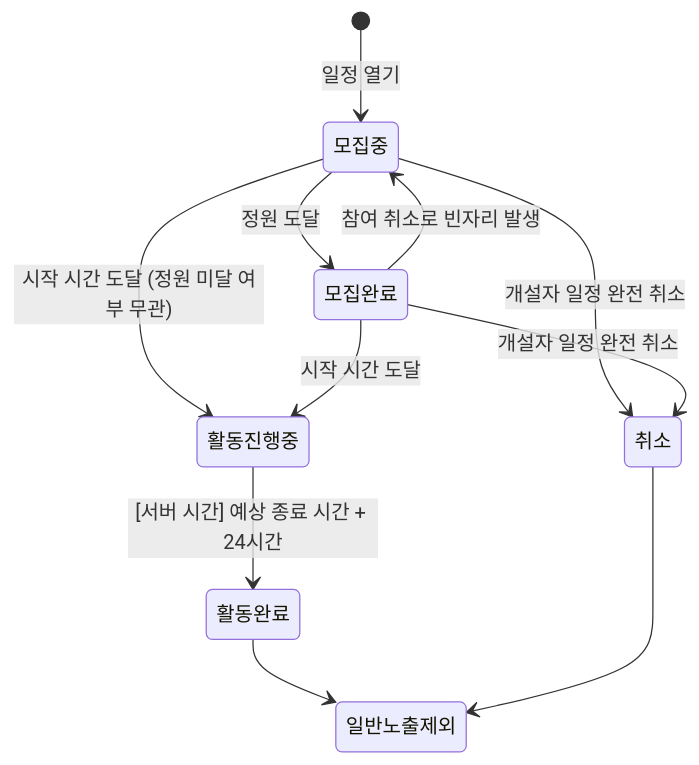
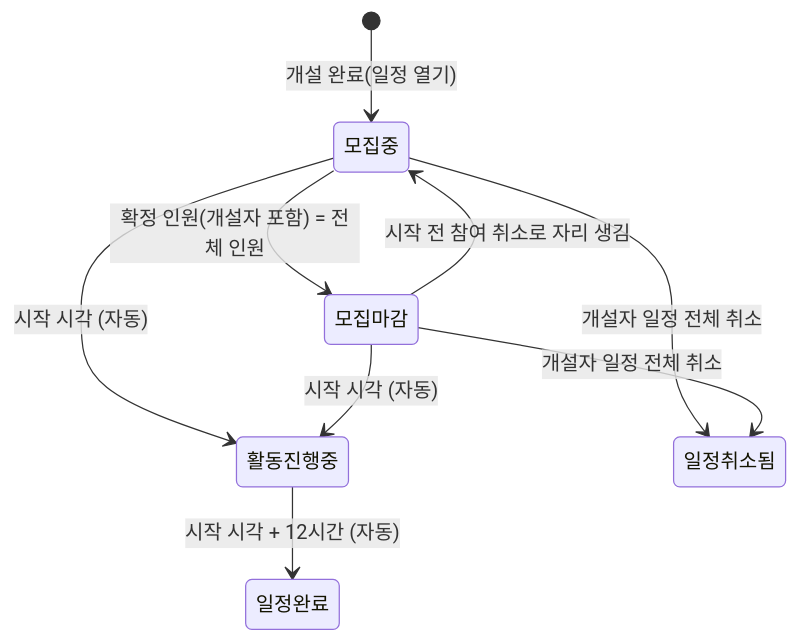
Before and after one commit to shineunsigan-project/snsg-fr: the second of 2 diagrams in docs/USER_FLOW.md, drawn with Mermaid. The commit also changed other lines of this file, not shown here.

````diff
--- a/docs/USER_FLOW.md
+++ b/docs/USER_FLOW.md
@@ -342,13 +360,11 @@
 ```mermaid
 stateDiagram-v2
-    [*] --> 모집중: 일정 열기
-    모집중 --> 모집완료: 정원 도달
-    모집완료 --> 모집중: 참여 취소로 빈자리 발생
-    모집중 --> 활동진행중: 시작 시간 도달 (정원 미달 여부 무관)
-    모집완료 --> 활동진행중: 시작 시간 도달
-    활동진행중 --> 활동완료: [서버 시간] 예상 종료 시간 + 24시간
-    모집중 --> 취소: 개설자 일정 완전 취소
-    모집완료 --> 취소: 개설자 일정 완전 취소
-    활동완료 --> 일반노출제외
-    취소 --> 일반노출제외
+    [*] --> 모집중: 개설 완료(일정 열기)
+    모집중 --> 모집마감: 확정 인원(개설자 포함) = 전체 인원
+    모집마감 --> 모집중: 시작 전 참여 취소로 자리 생김
+    모집중 --> 활동진행중: 시작 시각 (자동)
+    모집마감 --> 활동진행중: 시작 시각 (자동)
+    활동진행중 --> 일정완료: 시작 시각 + 12시간 (자동)
+    모집중 --> 일정취소됨: 개설자 일정 전체 취소
+    모집마감 --> 일정취소됨: 개설자 일정 전체 취소
 ```
````
